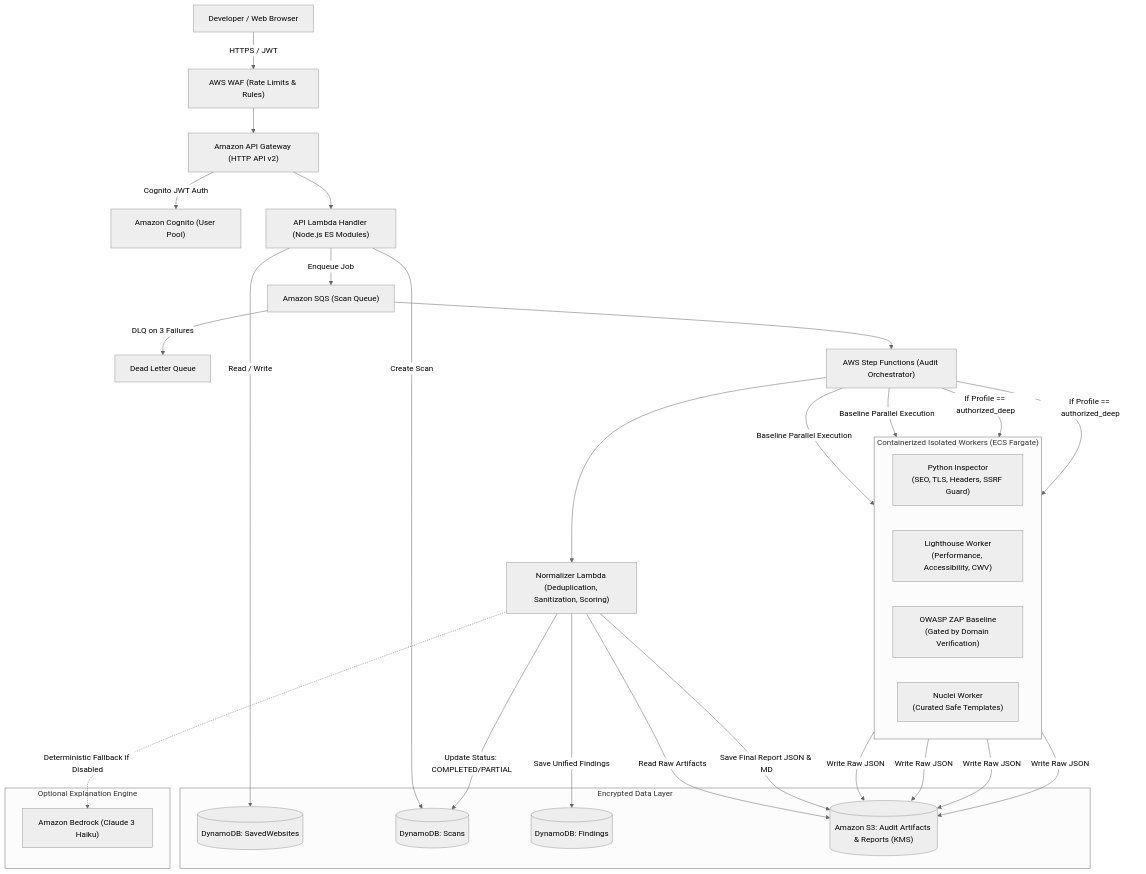
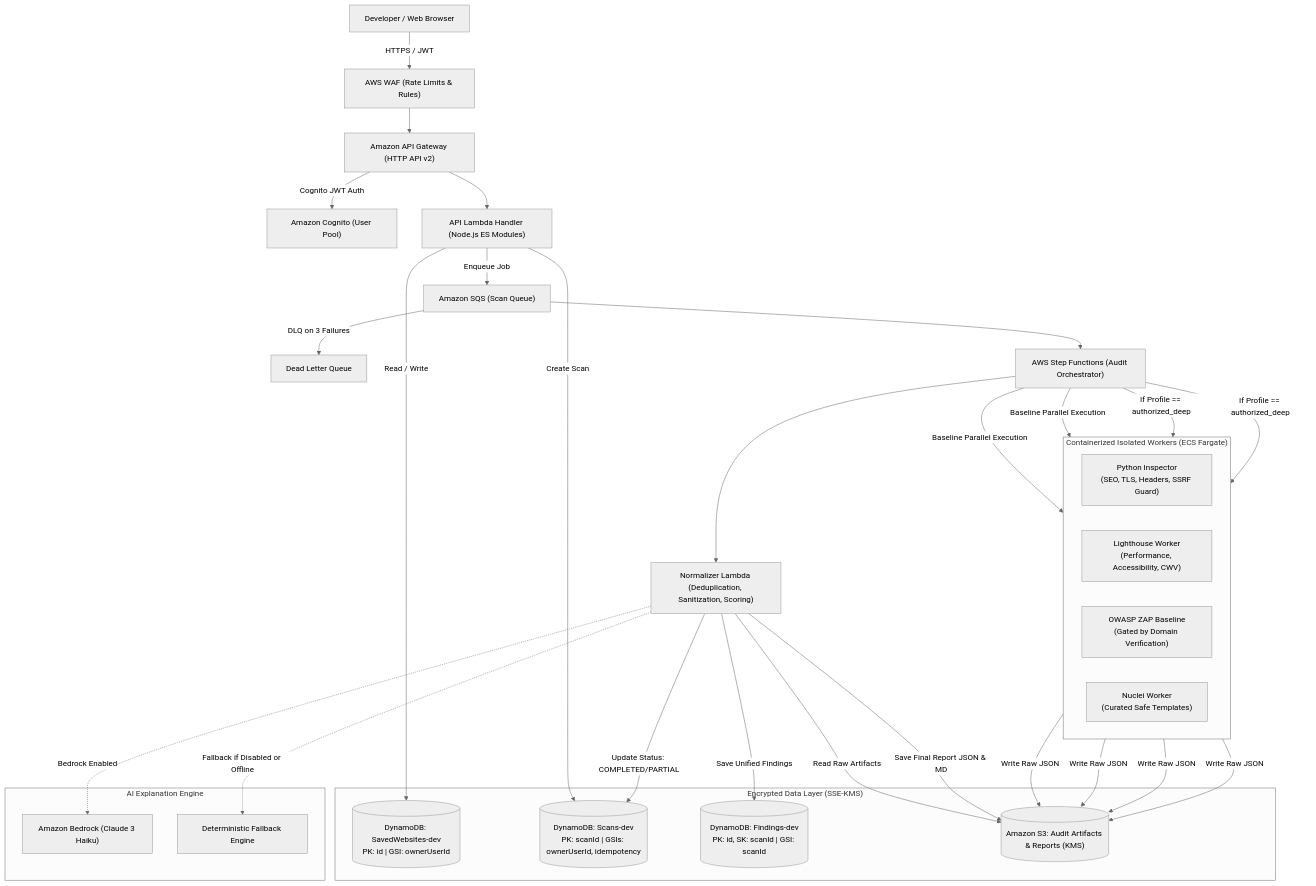
One commit to Sudhaanshuu/VibeSift changed the diagram in docs/ARCHITECTURE.md. Above: the diagram before and after it, drawn with Mermaid (neutral theme). The commit also changed other lines of this file and 106 other files, not shown here.

````diff
--- a/docs/ARCHITECTURE.md
+++ b/docs/ARCHITECTURE.md
@@ -9,50 +9,52 @@
 ```mermaid
 flowchart TD
     User["Developer / Web Browser"] -->|HTTPS / JWT| WAF["AWS WAF (Rate Limits & Rules)"]
     WAF --> APIGW["Amazon API Gateway (HTTP API v2)"]
     APIGW -->|Cognito JWT Auth| Cognito["Amazon Cognito (User Pool)"]
     APIGW --> ApiLambda["API Lambda Handler (Node.js ES Modules)"]
     
-    subgraph Storage ["Encrypted Data Layer"]
-        DDB_Sites[("DynamoDB: SavedWebsites")]
-        DDB_Scans[("DynamoDB: Scans")]
-        DDB_Findings[("DynamoDB: Findings")]
+    subgraph Storage ["Encrypted Data Layer (SSE-KMS)"]
+        DDB_Sites[("DynamoDB: SavedWebsites-dev<br/>PK: id | GSI: ownerUserId")]
+        DDB_Scans[("DynamoDB: Scans-dev<br/>PK: scanId | GSIs: ownerUserId, idempotency")]
+        DDB_Findings[("DynamoDB: Findings-dev<br/>PK: id, SK: scanId | GSI: scanId")]
         S3_Reports[("Amazon S3: Audit Artifacts & Reports (KMS)")]
     end
     
     ApiLambda -->|Read / Write| DDB_Sites
     ApiLambda -->|Create Scan| DDB_Scans
     ApiLambda -->|Enqueue Job| SQS["Amazon SQS (Scan Queue)"]
     SQS -->|DLQ on 3 Failures| DLQ["Dead Letter Queue"]
     
     SQS --> SFN["AWS Step Functions (Audit Orchestrator)"]
     
     subgraph Workers ["Containerized Isolated Workers (ECS Fargate)"]
         direction LR
         Worker_Py["Python Inspector<br/>(SEO, TLS, Headers, SSRF Guard)"]
         Worker_LH["Lighthouse Worker<br/>(Performance, Accessibility, CWV)"]
         Worker_ZAP["OWASP ZAP Baseline<br/>(Gated by Domain Verification)"]
         Worker_NUC["Nuclei Worker<br/>(Curated Safe Templates)"]
     end
     
     SFN -->|Baseline Parallel Execution| Worker_Py
     SFN -->|Baseline Parallel Execution| Worker_LH
     SFN -->|If Profile == authorized_deep| Worker_ZAP
     SFN -->|If Profile == authorized_deep| Worker_NUC
     
     Worker_Py -->|Write Raw JSON| S3_Reports
     Worker_LH -->|Write Raw JSON| S3_Reports
     Worker_ZAP -->|Write Raw JSON| S3_Reports
     Worker_NUC -->|Write Raw JSON| S3_Reports
     
     SFN --> NormalizerLambda["Normalizer Lambda (Deduplication, Sanitization, Scoring)"]
     NormalizerLambda -->|Read Raw Artifacts| S3_Reports
     NormalizerLambda -->|Save Unified Findings| DDB_Findings
     NormalizerLambda -->|Save Final Report JSON & MD| S3_Reports
     NormalizerLambda -->|Update Status: COMPLETED/PARTIAL| DDB_Scans
     
-    subgraph OptionalAI ["Optional Explanation Engine"]
+    subgraph OptionalAI ["AI Explanation Engine"]
         Bedrock["Amazon Bedrock (Claude 3 Haiku)"]
+        FallbackAI["Deterministic Fallback Engine"]
     end
-    NormalizerLambda -.->|Deterministic Fallback if Disabled| Bedrock
+    NormalizerLambda -.->|Bedrock Enabled| Bedrock
+    NormalizerLambda -.->|Fallback if Disabled or Offline| FallbackAI
 ```
````
